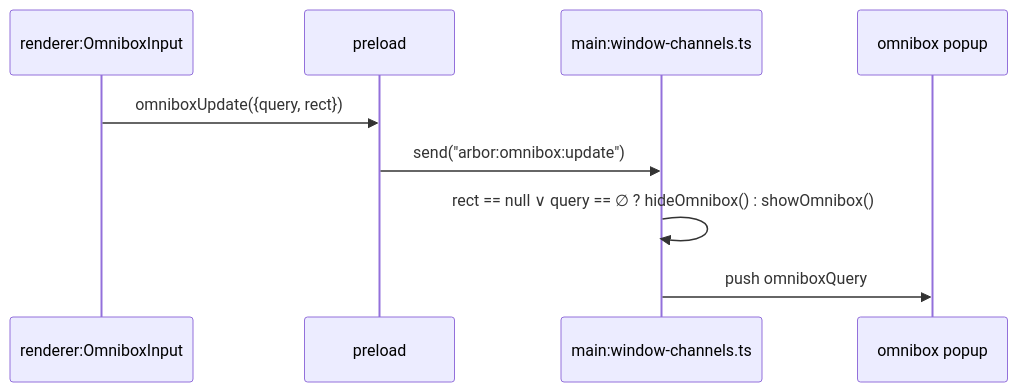
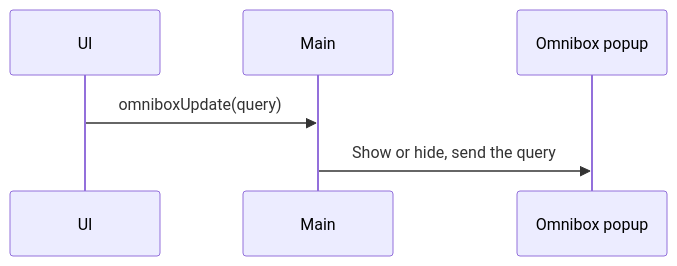
The third of 4 diagrams in docs/architecture/02-ipc.md (rom100main/arbor), drawn with Mermaid before and after one commit. The commit also changed other lines of this file and 6 other files, not shown here.

````diff
--- a/docs/architecture/02-ipc.md
+++ b/docs/architecture/02-ipc.md
@@ -57,11 +48,8 @@
 ```mermaid
 sequenceDiagram
-    participant R as renderer:OmniboxInput
-    participant P as preload
-    participant M as main:window-channels.ts
-    participant W as omnibox popup
-    R->>P: omniboxUpdate({query, rect})
-    P->>M: send("arbor:omnibox:update")
-    M->>M: rect == null ∨ query == ∅ ? hideOmnibox() : showOmnibox()
-    M->>W: push omniboxQuery
+    participant R as UI
+    participant M as Main
+    participant P as Omnibox popup
+    R->>M: omniboxUpdate(query)
+    M->>P: Show or hide, send the query
 ```
````
